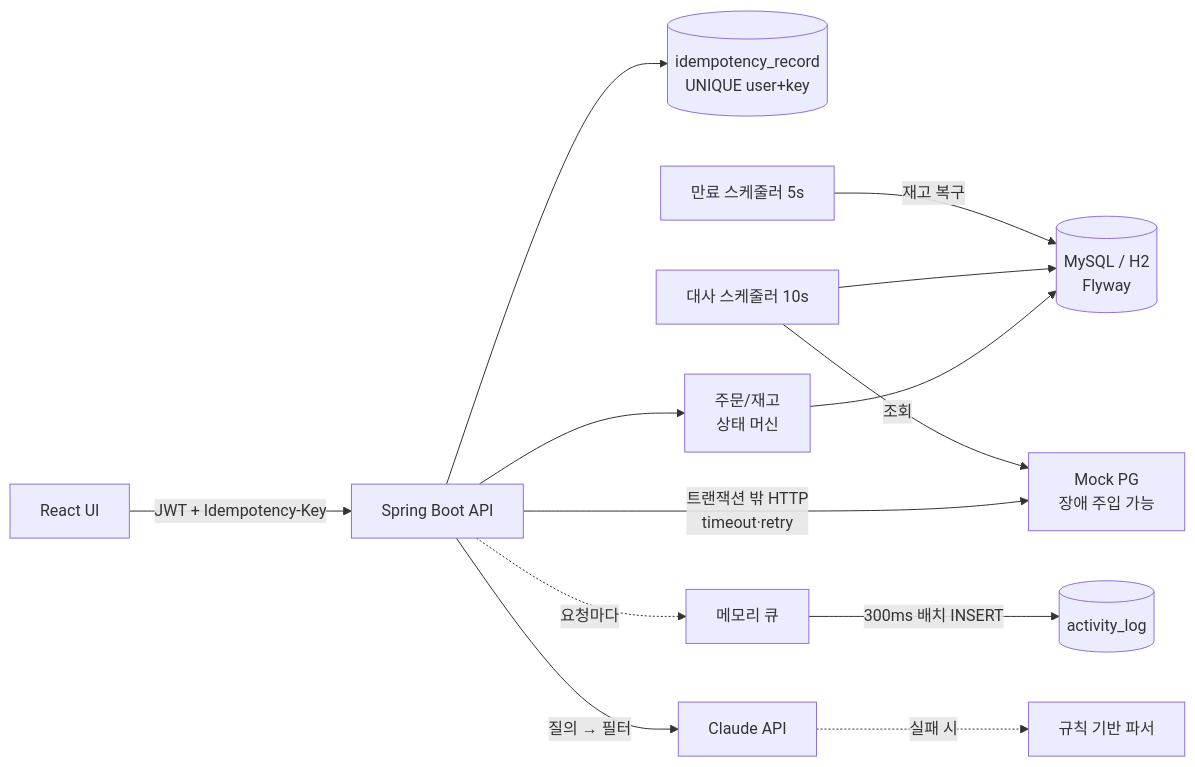
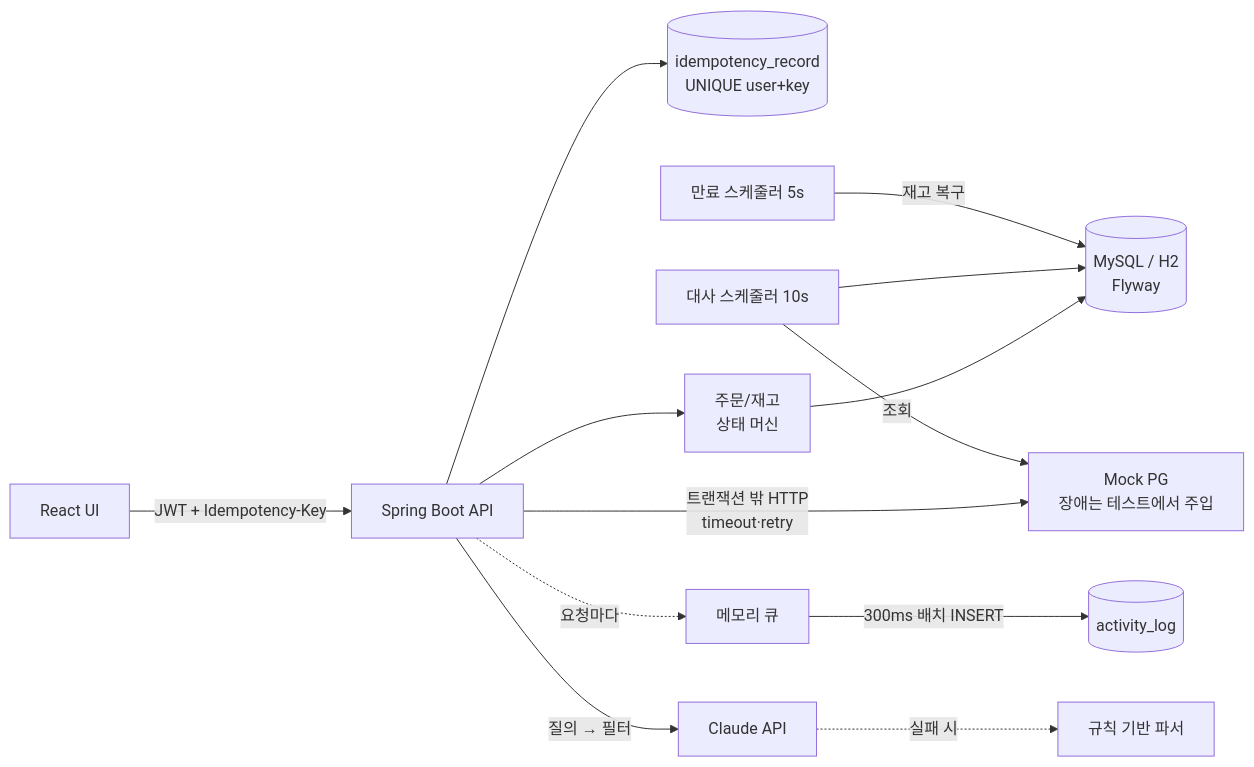
Before and after one commit to parkhh16/flashdeal: the first of 3 diagrams in README.md, drawn with Mermaid. The commit also changed other lines of this file and 5 other files, not shown here.

````diff
--- a/README.md
+++ b/README.md
@@ -104,14 +104,14 @@
 ```mermaid
 flowchart LR
     U[React UI] -->|JWT + Idempotency-Key| API[Spring Boot API]
     API --> IDEM[(idempotency_record<br/>UNIQUE user+key)]
     API --> ORDER[주문/재고<br/>상태 머신]
     ORDER --> DB[(MySQL / H2<br/>Flyway)]
-    API -->|트랜잭션 밖 HTTP<br/>timeout·retry| PG[Mock PG<br/>장애 주입 가능]
+    API -->|트랜잭션 밖 HTTP<br/>timeout·retry| PG[Mock PG<br/>장애는 테스트에서 주입]
     RECON[대사 스케줄러 10s] -->|조회| PG
     RECON --> DB
     EXP[만료 스케줄러 5s] -->|재고 복구| DB
     API -.요청마다.-> Q[메모리 큐] -->|300ms 배치 INSERT| LOG[(activity_log)]
     API -->|질의 → 필터| LLM[Claude API]
     LLM -.실패 시.-> RULE[규칙 기반 파서]
 ```
````
